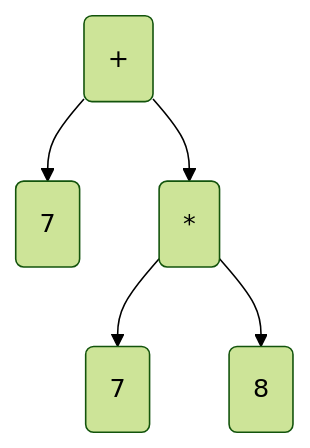
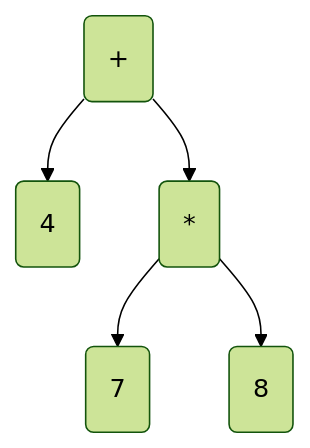
One commit to PKvasnick/Programovani-2 changed the fourth of 7 diagrams in lecture-notes/cviceni_9_2022-04-21.md. Above: the diagram before and after it, drawn with Mermaid (forest theme). The commit also changed 16 other files, not shown here.

````diff
--- a/lecture-notes/cviceni_9_2022-04-21.md
+++ b/lecture-notes/cviceni_9_2022-04-21.md
@@ -260,8 +260,8 @@
 ```mermaid
 graph TD
-A --> E(7)
+A --> E(4)
 A(+) --> B(*)
     B --> C(7)
     B --> D(8)
 
 ```
````
